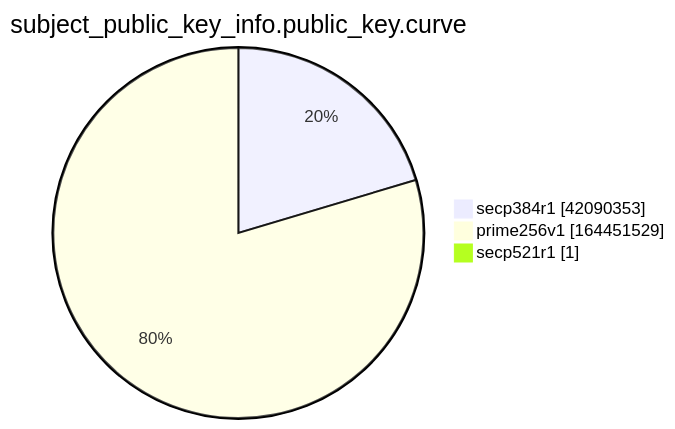
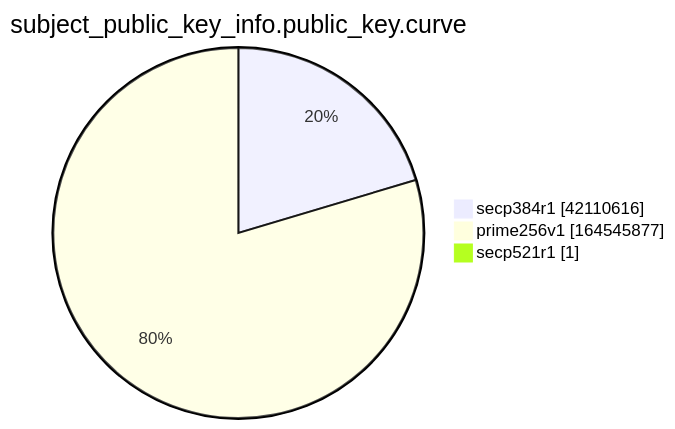
One commit to christiankrug/ctmonitor_visualization changed the ninth of 15 diagrams in xenon2022/README.md. Above: the diagram before and after it, drawn with Mermaid. The commit also changed other lines of this file, not shown here.

````diff
--- a/xenon2022/README.md
+++ b/xenon2022/README.md
@@ -2869,7 +2869,7 @@
 ```mermaid
 pie showData
 title subject_public_key_info.public_key.curve
-"secp384r1" :42090353
-"prime256v1" :164451529
+"secp384r1" :42110616
+"prime256v1" :164545877
 "secp521r1" :1
 ```
````
